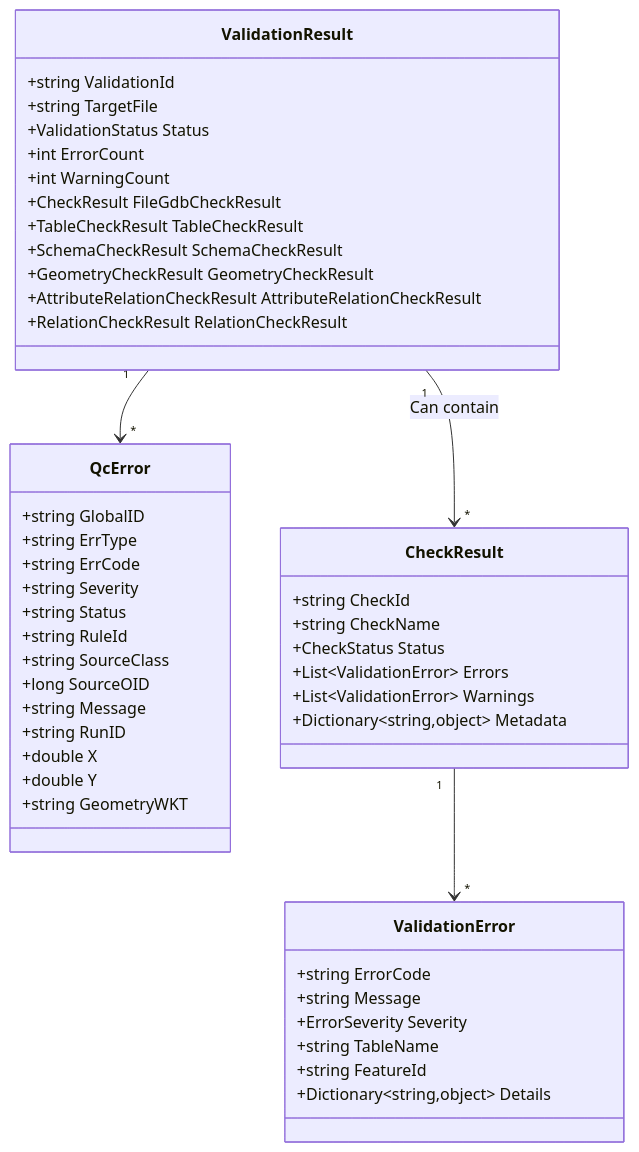
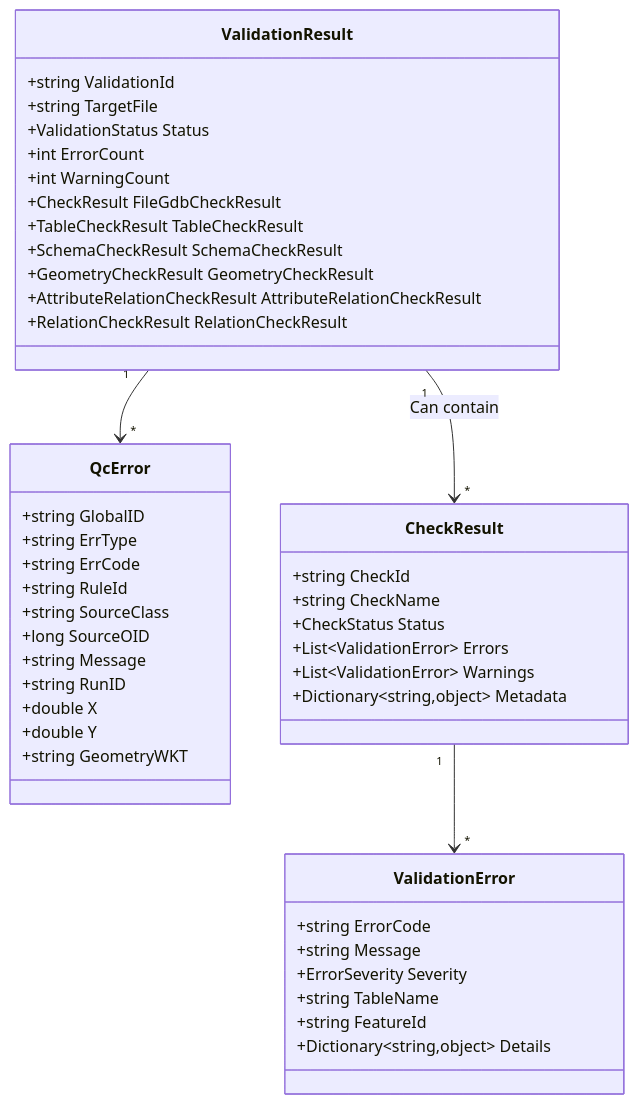
Before and after one commit to wgsystem-1/SpatialCheckPro: the third of 8 diagrams in SpatialCheckPro_아키텍처_다이어그램.md, drawn with Mermaid. The commit also changed other lines of this file and 2 other files, not shown here.

Commit message:
docs: 문서 최신화 - 기술 세부사항: QC_ERRORS 저장 정책/보고서 현황 갱신, Severity/Status 제거 반영 - 아키텍처 다이어그램: QcError 모델/인프라/GUI 섹션 정리(지도 기능 제거), 로깅 표기 갱신 - 아키텍처 분석: 로깅 스택, 보고서 현황, DI 구성 최신화 (DependencyInjectionConfigurator 반영)

````diff
--- a/SpatialCheckPro_아키텍처_다이어그램.md
+++ b/SpatialCheckPro_아키텍처_다이어그램.md
@@ -130,54 +129,52 @@
 ```mermaid
 classDiagram
     class ValidationResult {
         +string ValidationId
         +string TargetFile
         +ValidationStatus Status
         +int ErrorCount
         +int WarningCount
         +CheckResult FileGdbCheckResult
         +TableCheckResult TableCheckResult
         +SchemaCheckResult SchemaCheckResult
         +GeometryCheckResult GeometryCheckResult
         +AttributeRelationCheckResult AttributeRelationCheckResult
         +RelationCheckResult RelationCheckResult
     }
     
     class QcError {
         +string GlobalID
         +string ErrType
         +string ErrCode
-        +string Severity
-        +string Status
         +string RuleId
         +string SourceClass
         +long SourceOID
         +string Message
         +string RunID
         +double X
         +double Y
         +string GeometryWKT
     }
     
     class CheckResult {
         +string CheckId
         +string CheckName
         +CheckStatus Status
         +List~ValidationError~ Errors
         +List~ValidationError~ Warnings
         +Dictionary~string,object~ Metadata
     }
     
     class ValidationError {
         +string ErrorCode
         +string Message
         +ErrorSeverity Severity
         +string TableName
         +string FeatureId
         +Dictionary~string,object~ Details
     }
     
     ValidationResult "1" --> "*" CheckResult: Can contain
     CheckResult "1" --> "*" ValidationError
     ValidationResult "1" --> "*" QcError
 ```
````
